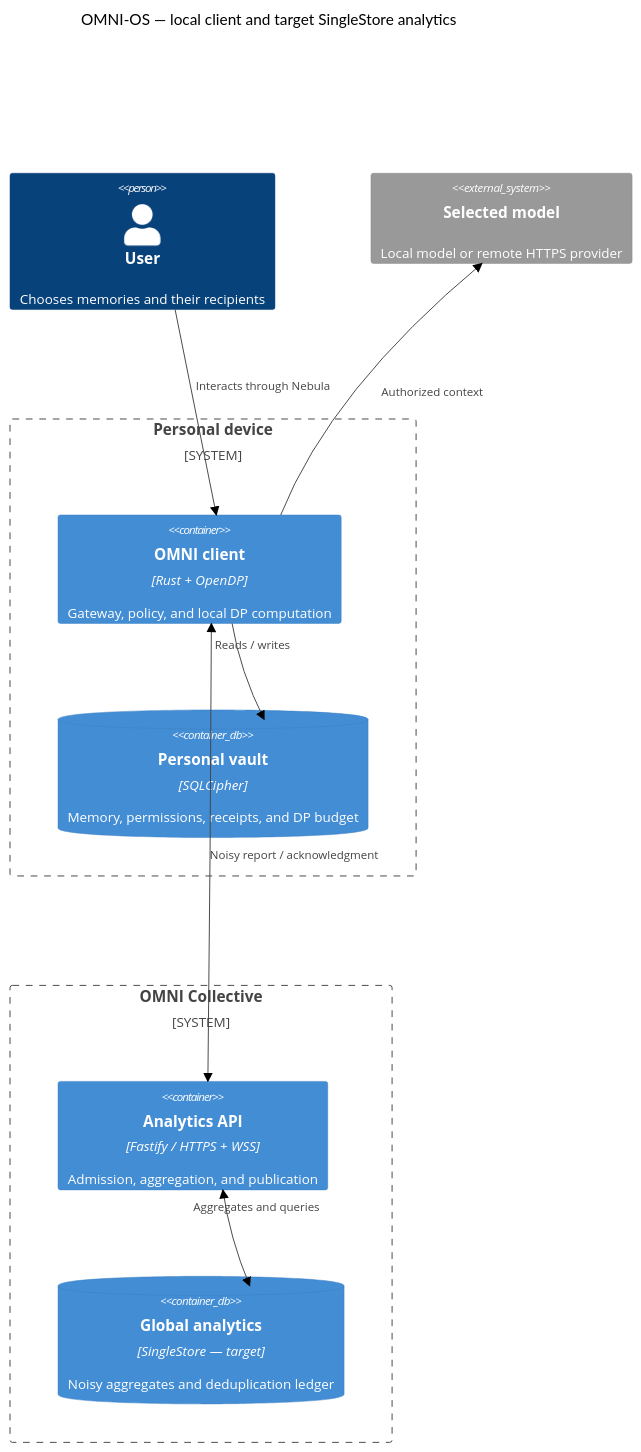
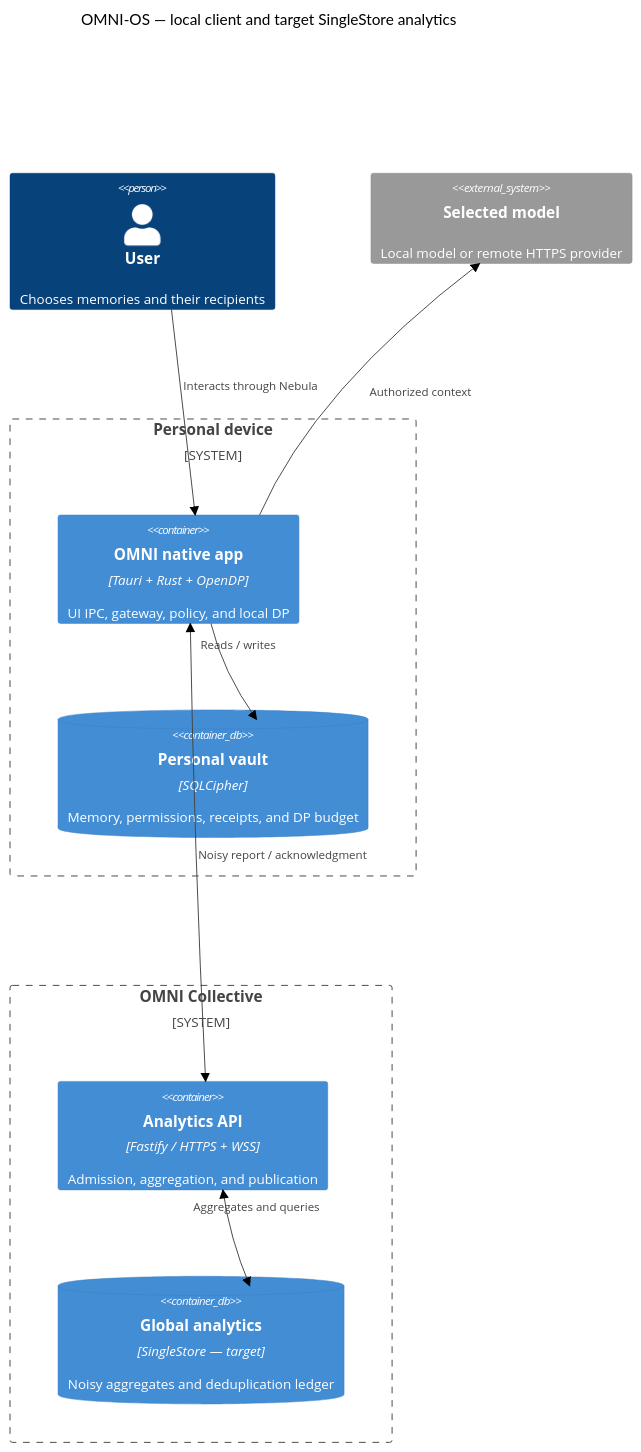
The third of 5 diagrams in DIAGRAMS.md (nabz0r/OMNI-OS), drawn with Mermaid (forest theme) before and after one commit. The commit also changed other lines of this file and 30 other files, not shown here.

````diff
--- a/DIAGRAMS.md
+++ b/DIAGRAMS.md
@@ -97,29 +99,29 @@
 ```mermaid
 C4Container
     title OMNI-OS — local client and target SingleStore analytics
 
     Person(user, "User", "Chooses memories and their recipients")
 
     System_Boundary(device, "Personal device") {
-        Container(core, "OMNI client", "Rust + OpenDP", "Gateway, policy, and local DP computation")
+        Container(core, "OMNI native app", "Tauri + Rust + OpenDP", "UI IPC, gateway, policy, and local DP")
         ContainerDb(localdb, "Personal vault", "SQLCipher", "Memory, permissions, receipts, and DP budget")
     }
 
     System_Ext(provider, "Selected model", "Local model or remote HTTPS provider")
 
     System_Boundary(collective, "OMNI Collective") {
         Container(api, "Analytics API", "Fastify / HTTPS + WSS", "Admission, aggregation, and publication")
         ContainerDb(analytics, "Global analytics", "SingleStore — target", "Noisy aggregates and deduplication ledger")
     }
 
     Rel(user, core, "Interacts through Nebula")
     Rel(core, localdb, "Reads / writes")
     Rel(core, provider, "Authorized context")
     BiRel(core, api, "Noisy report / acknowledgment")
     BiRel(api, analytics, "Aggregates and queries")
 
     UpdateLayoutConfig($c4ShapeInRow="3", $c4BoundaryInRow="1")
     UpdateRelStyle(user, core, $offsetY="-30")
     UpdateRelStyle(core, localdb, $offsetX="-35", $offsetY="-30")
     UpdateRelStyle(api, analytics, $offsetX="-45", $offsetY="-35")
 ```
````
